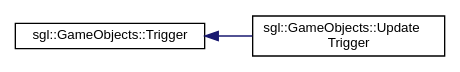
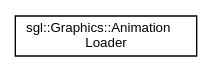
One commit to ScriptWizards/documentation changed the diagram in inherit_graph_3.dot. Above: the diagram before and after it, drawn with Graphviz. The commit also changed 906 other files, not shown here.

```diff
--- a/inherit_graph_3.dot
+++ b/inherit_graph_3.dot
@@ -1,11 +1,9 @@
 digraph "Graphical Class Hierarchy"
 {
  // INTERACTIVE_SVG=YES
  // LATEX_PDF_SIZE
   edge [fontname="Helvetica",fontsize="10",labelfontname="Helvetica",labelfontsize="10"];
   node [fontname="Helvetica",fontsize="10",shape=record];
   rankdir="LR";
-  Node0 [label="sgl::GameObjects::Trigger",height=0.2,width=0.4,color="black", fillcolor="white", style="filled",URL="$d9/d1c/classsgl_1_1GameObjects_1_1Trigger.html",tooltip="A base trigger class to implement your own type of triggers."];
-  Node0 -> Node1 [dir="back",color="midnightblue",fontsize="10",style="solid",fontname="Helvetica"];
-  Node1 [label="sgl::GameObjects::Update\lTrigger",height=0.2,width=0.4,color="black", fillcolor="white", style="filled",URL="$dc/d9f/classsgl_1_1GameObjects_1_1UpdateTrigger.html",tooltip=" "];
+  Node0 [label="sgl::Graphics::Animation\lLoader",height=0.2,width=0.4,color="black", fillcolor="white", style="filled",URL="$d0/d12/classsgl_1_1Graphics_1_1AnimationLoader.html",tooltip="Load an animated sprite and its animation from a TOML configuration file."];
 }
```
